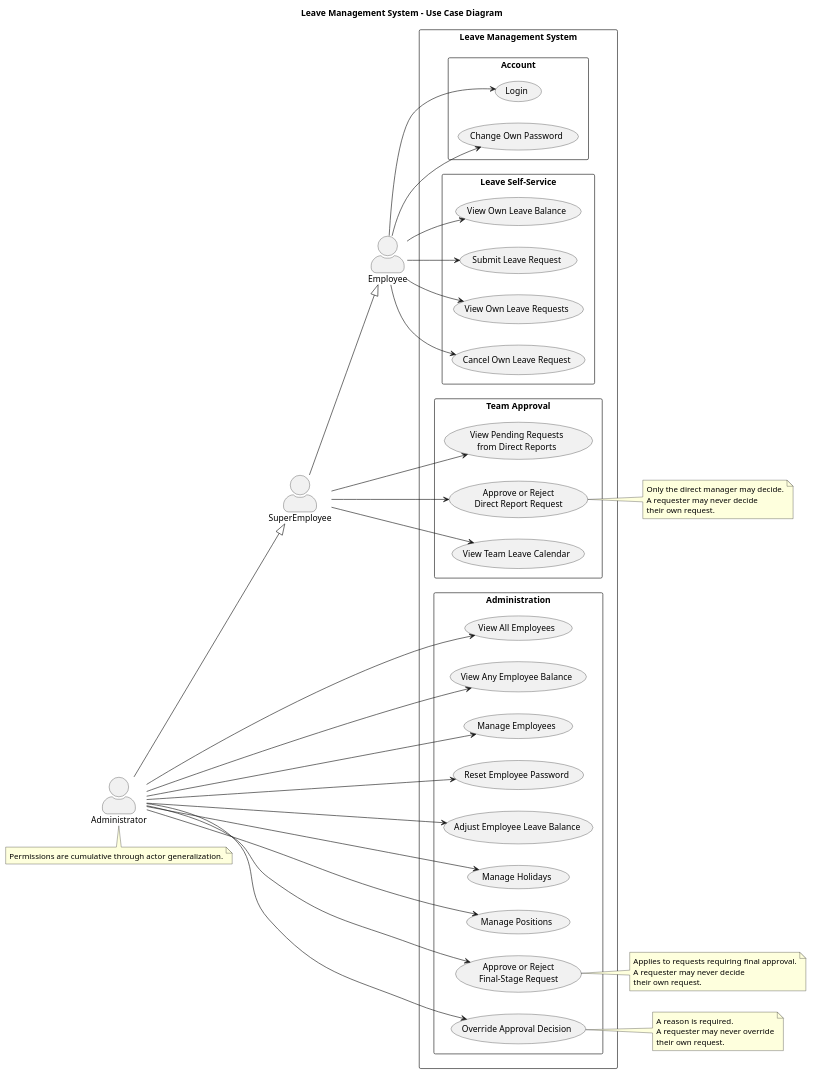
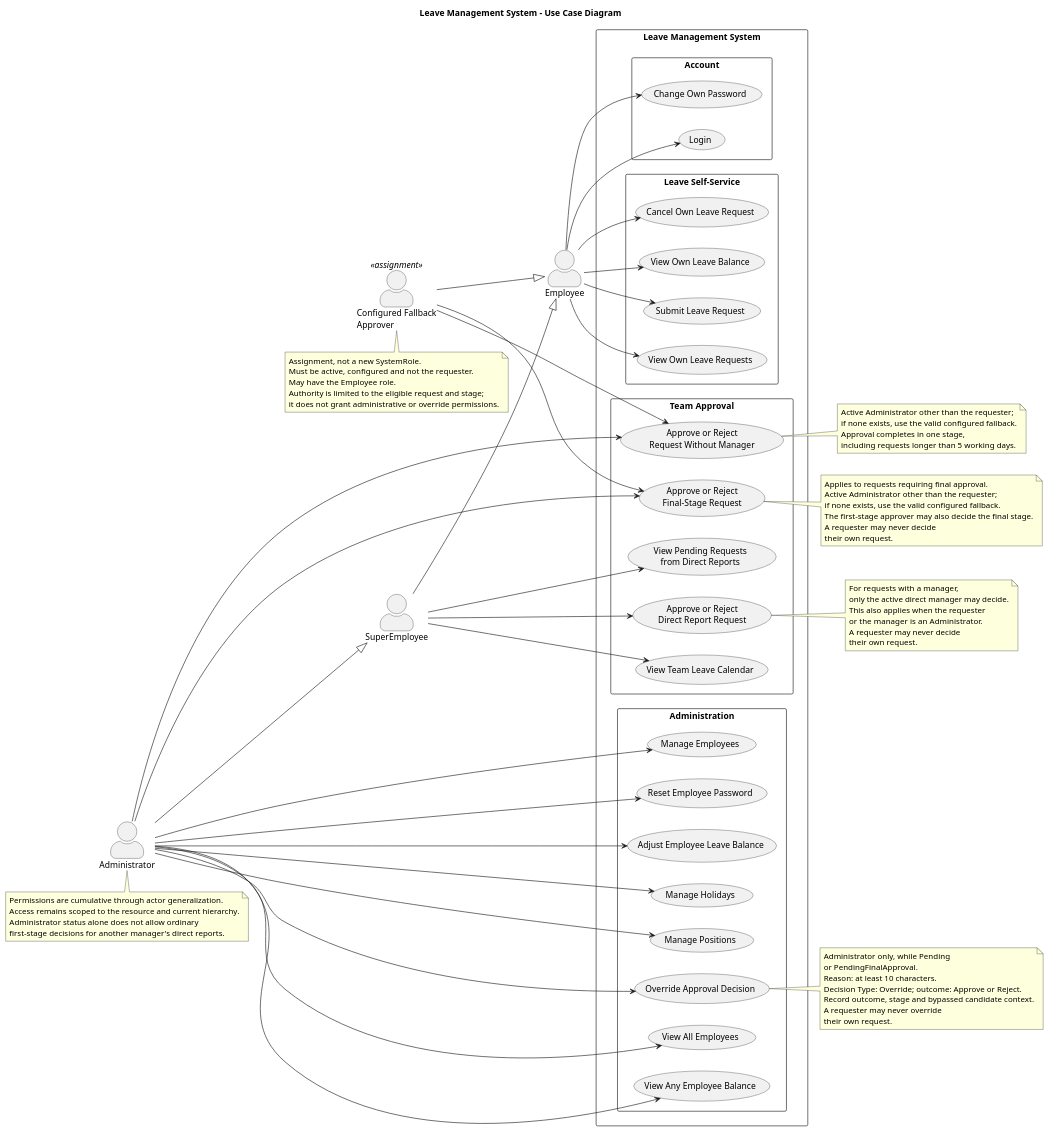
One commit to malllvinnn/leave-management changed the diagram in docs/diagrams/use-case.puml. Above: the diagram before and after it, drawn with PlantUML. The commit also changed 3 other files, not shown here.

Commit message:
docs(domain): sync domain and approval workflow diagrams

```diff
--- a/docs/diagrams/use-case.puml
+++ b/docs/diagrams/use-case.puml
@@ -1,92 +1,128 @@
 @startuml Use Case Diagram
 title Leave Management System - Use Case Diagram
+' Target use cases: PRD v1.3, BR-14/BR-14a, BR-19 and BR-20.
 
 left to right direction
 
 skinparam shadowing false
 skinparam packageStyle rectangle
 skinparam actorStyle awesome
 
 actor Employee as Employee
 actor SuperEmployee as SuperEmployee
 actor Administrator as Administrator
+actor "Configured Fallback\nApprover" as FallbackApprover <<assignment>>
 
 SuperEmployee --|> Employee
 Administrator --|> SuperEmployee
+FallbackApprover --|> Employee
 
 rectangle "Leave Management System" {
   package "Account" {
     usecase "Login" as UC_Login
     usecase "Change Own Password" as UC_ChangePassword
   }
 
   package "Leave Self-Service" {
     usecase "View Own Leave Balance" as UC_ViewOwnBalance
     usecase "Submit Leave Request" as UC_SubmitRequest
     usecase "View Own Leave Requests" as UC_ViewOwnRequests
     usecase "Cancel Own Leave Request" as UC_CancelRequest
   }
 
   package "Team Approval" {
     usecase "View Pending Requests\nfrom Direct Reports" as UC_ViewPending
     usecase "Approve or Reject\nDirect Report Request" as UC_DecideRequest
+    usecase "Approve or Reject\nRequest Without Manager" as UC_NoManagerDecision
+    usecase "Approve or Reject\nFinal-Stage Request" as UC_FinalDecision
     usecase "View Team Leave Calendar" as UC_ViewTeamCalendar
   }
 
   package "Administration" {
     usecase "View All Employees" as UC_ViewEmployees
     usecase "View Any Employee Balance" as UC_ViewAnyBalance
     usecase "Manage Employees" as UC_ManageEmployees
     usecase "Reset Employee Password" as UC_ResetPassword
     usecase "Adjust Employee Leave Balance" as UC_AdjustBalance
     usecase "Manage Holidays" as UC_ManageHolidays
     usecase "Manage Positions" as UC_ManagePositions
-    usecase "Approve or Reject\nFinal-Stage Request" as UC_FinalDecision
     usecase "Override Approval Decision" as UC_OverrideDecision
   }
 }
 
 Employee --> UC_Login
 Employee --> UC_ChangePassword
 Employee --> UC_ViewOwnBalance
 Employee --> UC_SubmitRequest
 Employee --> UC_ViewOwnRequests
 Employee --> UC_CancelRequest
 
 SuperEmployee --> UC_ViewPending
 SuperEmployee --> UC_DecideRequest
 SuperEmployee --> UC_ViewTeamCalendar
 
 Administrator --> UC_ViewEmployees
 Administrator --> UC_ViewAnyBalance
 Administrator --> UC_ManageEmployees
 Administrator --> UC_ResetPassword
 Administrator --> UC_AdjustBalance
 Administrator --> UC_ManageHolidays
 Administrator --> UC_ManagePositions
+Administrator --> UC_NoManagerDecision
 Administrator --> UC_FinalDecision
 Administrator --> UC_OverrideDecision
 
+FallbackApprover --> UC_NoManagerDecision
+FallbackApprover --> UC_FinalDecision
+
 note right of UC_DecideRequest
-  Only the direct manager may decide.
+  For requests with a manager,
+  only the active direct manager may decide.
+  This also applies when the requester
+  or the manager is an Administrator.
   A requester may never decide
   their own request.
 end note
 
+note right of UC_NoManagerDecision
+  Active Administrator other than the requester;
+  if none exists, use the valid configured fallback.
+  Approval completes in one stage,
+  including requests longer than 5 working days.
+end note
+
 note right of UC_OverrideDecision
-  A reason is required.
+  Administrator only, while Pending
+  or PendingFinalApproval.
+  Reason: at least 10 characters.
+  Decision Type: Override; outcome: Approve or Reject.
+  Record outcome, stage and bypassed candidate context.
   A requester may never override
   their own request.
 end note
 
 note right of UC_FinalDecision
   Applies to requests requiring final approval.
+  Active Administrator other than the requester;
+  if none exists, use the valid configured fallback.
+  The first-stage approver may also decide the final stage.
   A requester may never decide
   their own request.
 end note
 
+note bottom of FallbackApprover
+  Assignment, not a new SystemRole.
+  Must be active, configured and not the requester.
+  May have the Employee role.
+  Authority is limited to the eligible request and stage;
+  it does not grant administrative or override permissions.
+end note
+
 note bottom of Administrator
   Permissions are cumulative through actor generalization.
+  Access remains scoped to the resource and current hierarchy.
+  Administrator status alone does not allow ordinary
+  first-stage decisions for another manager's direct reports.
 end note
 
 @enduml
```
